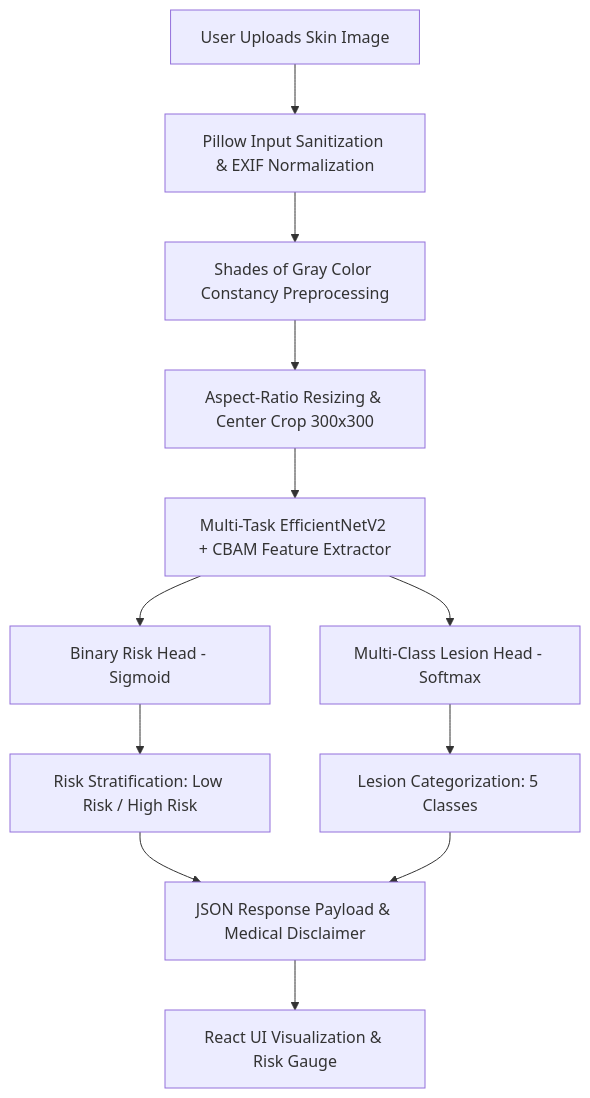
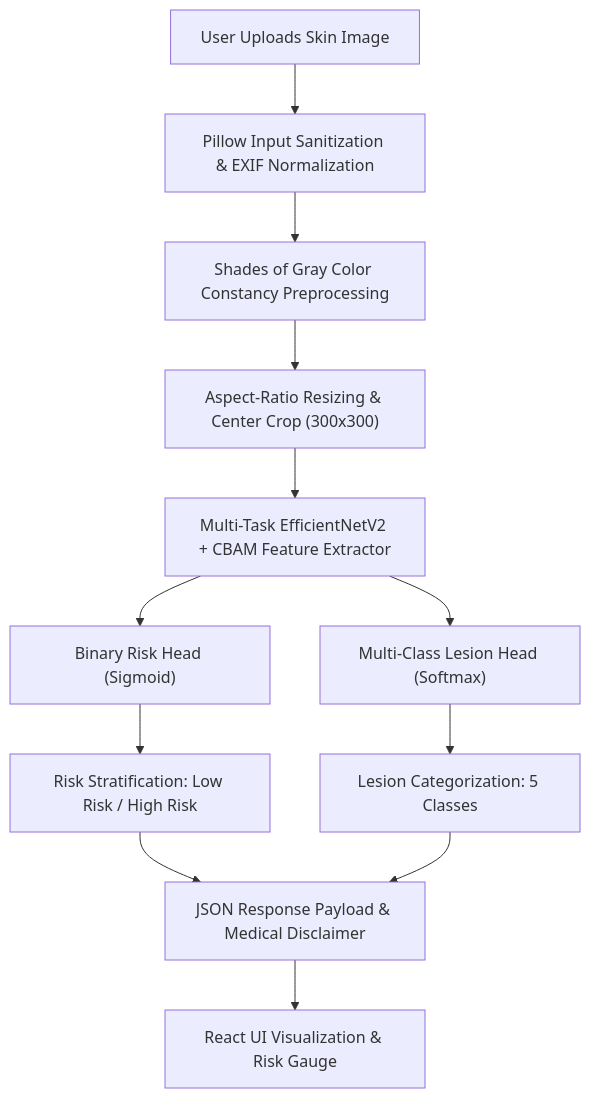
The first of 2 diagrams in README.md (RaihanHadriansyah21/DermaScan_Project), drawn with Mermaid before and after one commit. The commit also changed other lines of this file and 2 other files, not shown here.

````diff
--- a/README.md
+++ b/README.md
@@ -61,14 +63,14 @@
 ```mermaid
 flowchart TD
-    A[User Uploads Skin Image] --> B[Pillow Input Sanitization & EXIF Normalization]
-    B --> C[Shades of Gray Color Constancy Preprocessing]
-    C --> D[Aspect-Ratio Resizing & Center Crop 300x300]
-    D --> E[Multi-Task EfficientNetV2 + CBAM Feature Extractor]
-    E --> F1[Binary Risk Head - Sigmoid]
-    E --> F2[Multi-Class Lesion Head - Softmax]
-    F1 --> G1[Risk Stratification: Low Risk / High Risk]
-    F2 --> G2[Lesion Categorization: 5 Classes]
-    G1 --> H[JSON Response Payload & Medical Disclaimer]
+    A["User Uploads Skin Image"] --> B["Pillow Input Sanitization & EXIF Normalization"]
+    B --> C["Shades of Gray Color Constancy Preprocessing"]
+    C --> D["Aspect-Ratio Resizing & Center Crop (300x300)"]
+    D --> E["Multi-Task EfficientNetV2 + CBAM Feature Extractor"]
+    E --> F1["Binary Risk Head (Sigmoid)"]
+    E --> F2["Multi-Class Lesion Head (Softmax)"]
+    F1 --> G1["Risk Stratification: Low Risk / High Risk"]
+    F2 --> G2["Lesion Categorization: 5 Classes"]
+    G1 --> H["JSON Response Payload & Medical Disclaimer"]
     G2 --> H
-    H --> I[React UI Visualization & Risk Gauge]
+    H --> I["React UI Visualization & Risk Gauge"]
 ```
````
